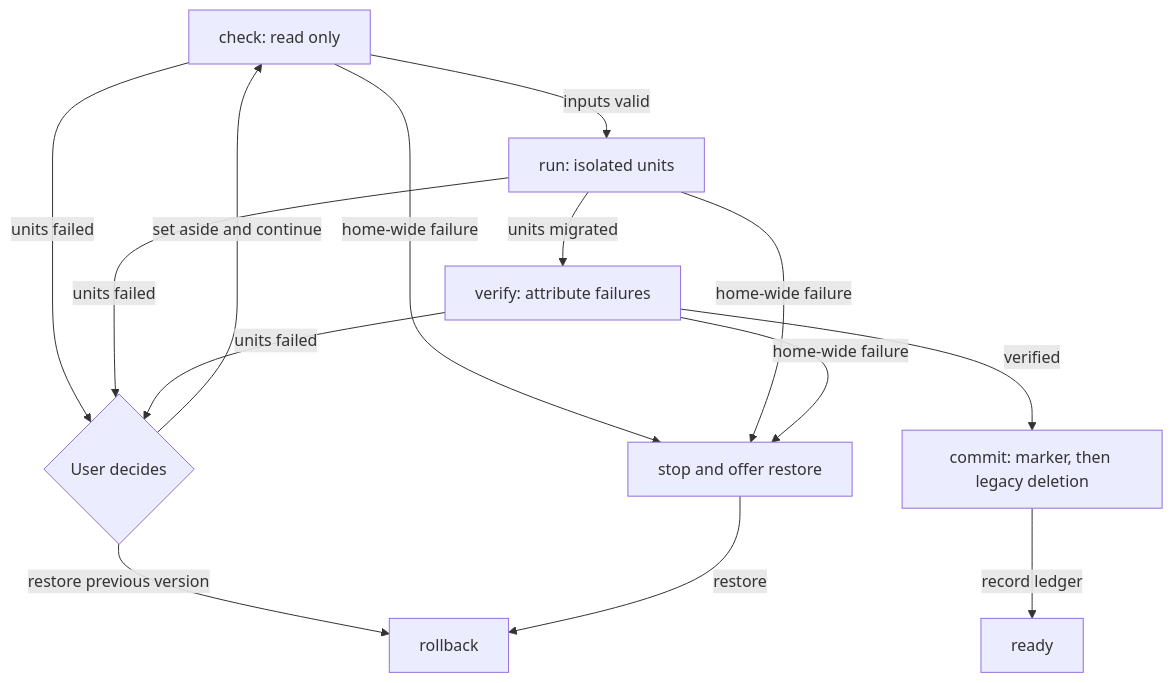
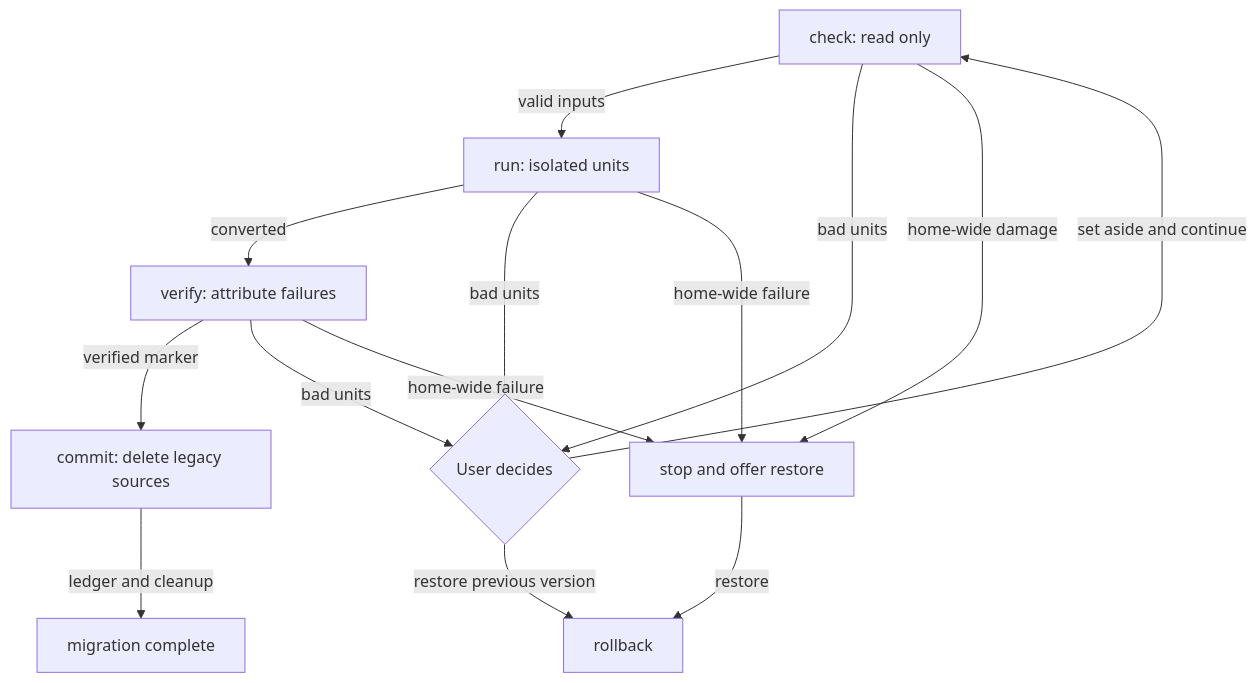
One commit to ThilinaTLM/nerve changed the diagram in docs/architecture/migrations.md. Above: the diagram before and after it, drawn with Mermaid. The commit also changed other lines of this file and 2 other files, not shown here.

````diff
--- a/docs/architecture/migrations.md
+++ b/docs/architecture/migrations.md
@@ -93,16 +83,16 @@
 ```mermaid
 flowchart TD
-  A["check: read only"] -->|"inputs valid"| B["run: isolated units"]
-  A -->|"units failed"| U{"User decides"}
-  B -->|"units failed"| U
-  B -->|"units migrated"| C["verify: attribute failures"]
-  C -->|"units failed"| U
-  C -->|"verified"| D["commit: marker, then legacy deletion"]
+  A["check: read only"] -->|"valid inputs"| B["run: isolated units"]
+  B -->|"converted"| C["verify: attribute failures"]
+  C -->|"verified marker"| D["commit: delete legacy sources"]
+  D -->|"ledger and cleanup"| E["migration complete"]
+  A -->|"bad units"| U{"User decides"}
+  B -->|"bad units"| U
+  C -->|"bad units"| U
   U -->|"set aside and continue"| A
   U -->|"restore previous version"| R["rollback"]
-  A -->|"home-wide failure"| F["stop and offer restore"]
+  A -->|"home-wide damage"| F["stop and offer restore"]
   B -->|"home-wide failure"| F
   C -->|"home-wide failure"| F
   F -->|"restore"| R
-  D -->|"record ledger"| E["ready"]
 ```
````
